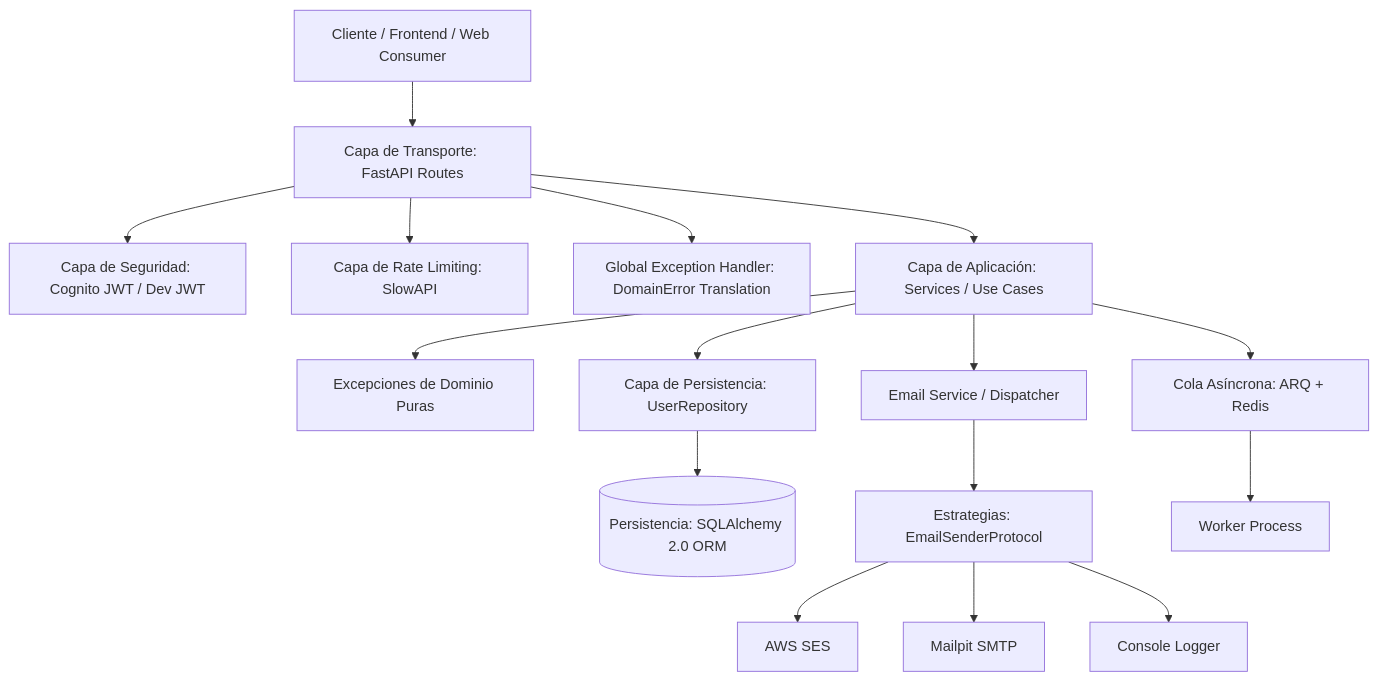
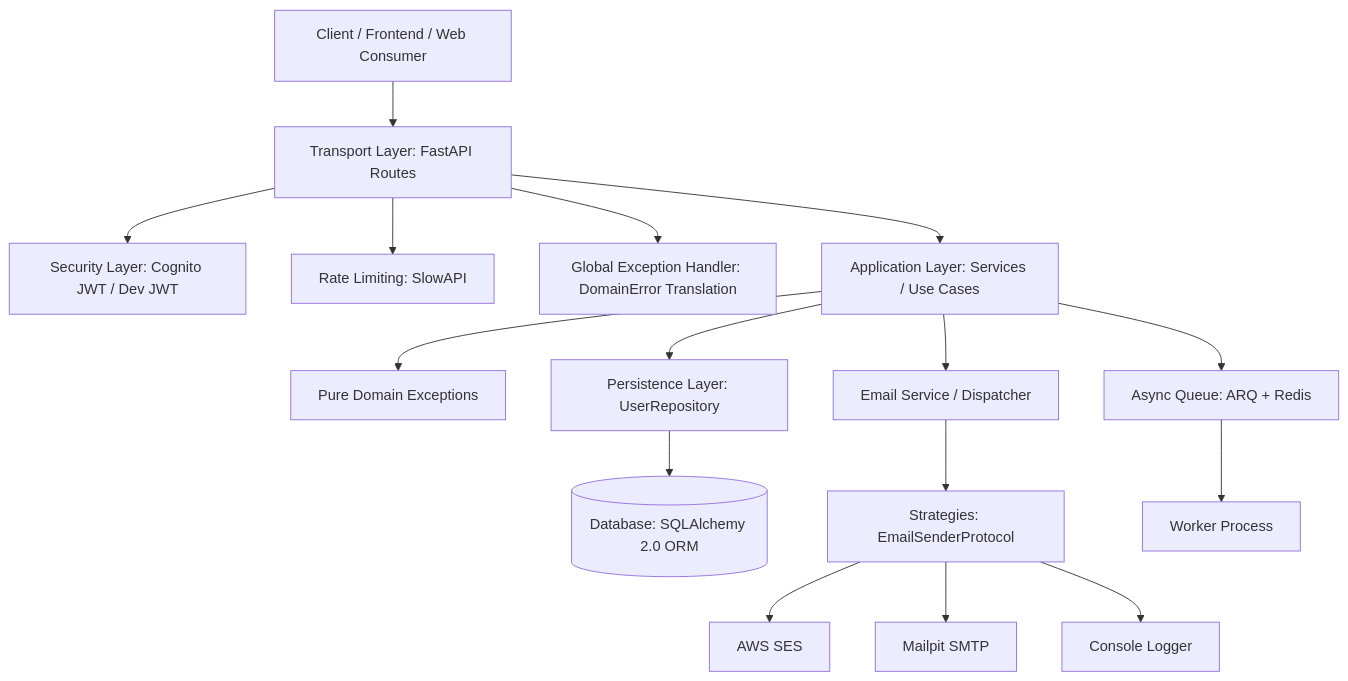
One commit to ezequiel-dev93/fastapi-saas-boilerplate-free changed the diagram in ARCHITECTURE.md. Above: the diagram before and after it, drawn with Mermaid. The commit also changed other lines of this file and 5 other files, not shown here.

First line of the commit message:
docs: add English ARCHITECTURE.md, Spanish ARCHITECTURE.es.md, and comprehensive bilingual web READMEs

````diff
--- a/ARCHITECTURE.md
+++ b/ARCHITECTURE.md
@@ -11,21 +13,21 @@
 ```mermaid
 flowchart TD
-    Client[Cliente / Frontend / Web Consumer] --> Transport[Capa de Transporte: FastAPI Routes]
-    Transport --> Auth[Capa de Seguridad: Cognito JWT / Dev JWT]
-    Transport --> RateLimit[Capa de Rate Limiting: SlowAPI]
+    Client[Client / Frontend / Web Consumer] --> Transport[Transport Layer: FastAPI Routes]
+    Transport --> Auth[Security Layer: Cognito JWT / Dev JWT]
+    Transport --> RateLimit[Rate Limiting: SlowAPI]
     Transport --> Exceptions[Global Exception Handler: DomainError Translation]
     
-    Transport --> Services[Capa de Aplicación: Services / Use Cases]
-    Services --> DomainExceptions[Excepciones de Dominio Puras]
-    Services --> Repositories[Capa de Persistencia: UserRepository]
-    Repositories --> DomainModels[(Persistencia: SQLAlchemy 2.0 ORM)]
+    Transport --> Services[Application Layer: Services / Use Cases]
+    Services --> DomainExceptions[Pure Domain Exceptions]
+    Services --> Repositories[Persistence Layer: UserRepository]
+    Repositories --> DomainModels[(Database: SQLAlchemy 2.0 ORM)]
     
     Services --> EmailService[Email Service / Dispatcher]
-    EmailService --> EmailStrategy[Estrategias: EmailSenderProtocol]
+    EmailService --> EmailStrategy[Strategies: EmailSenderProtocol]
     EmailStrategy --> SES[AWS SES]
     EmailStrategy --> Smtp[Mailpit SMTP]
     EmailStrategy --> Console[Console Logger]
     
-    Services --> Queue[Cola Asíncrona: ARQ + Redis]
+    Services --> Queue[Async Queue: ARQ + Redis]
     Queue --> Worker[Worker Process]
 ```
````
